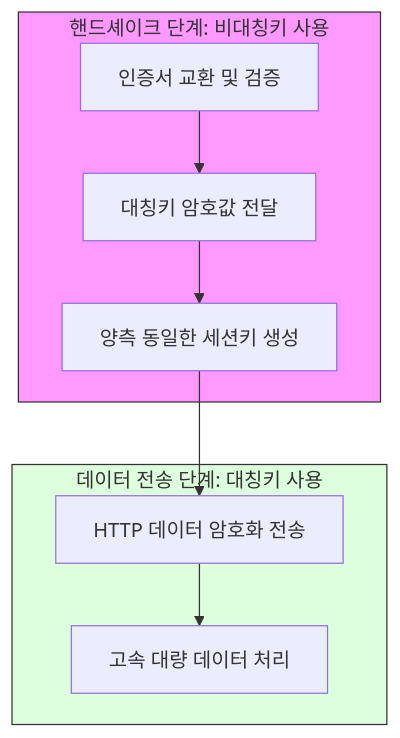
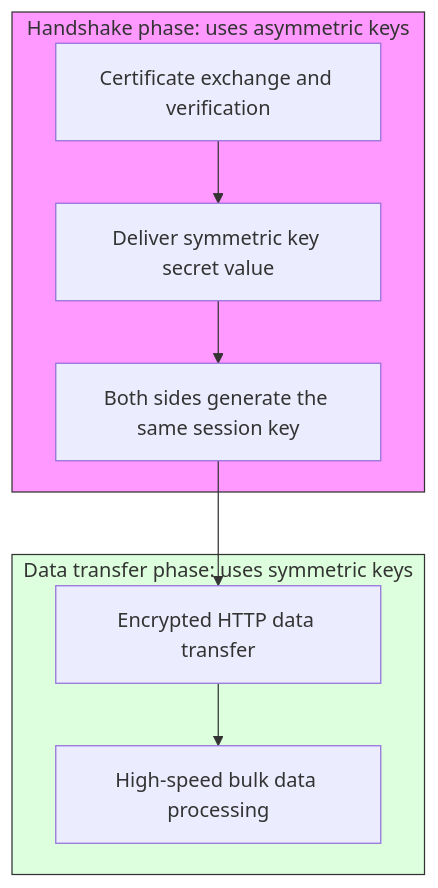
The first of 3 diagrams in content/security/01-foundation/17-ssl-handshake-process.md (jeonck/k8s-adv), drawn with Mermaid before and after one commit. The commit also changed other lines of this file and 223 other files, not shown here.

````diff
--- a/content/security/01-foundation/17-ssl-handshake-process.md
+++ b/content/security/01-foundation/17-ssl-handshake-process.md
@@ -30,15 +30,15 @@
 ```mermaid
 graph TD
-    subgraph Handshake_Phase[핸드셰이크 단계: 비대칭키 사용]
-    A[인증서 교환 및 검증] --> B[대칭키 암호값 전달]
-    B --> C[양측 동일한 세션키 생성]
+    subgraph Handshake_Phase["Handshake phase: uses asymmetric keys"]
+    A[Certificate exchange and verification] --> B[Deliver symmetric key secret value]
+    B --> C[Both sides generate the same session key]
     end
     
-    subgraph Data_Phase[데이터 전송 단계: 대칭키 사용]
-    C --> D[HTTP 데이터 암호화 전송]
-    D --> E[고속 대량 데이터 처리]
+    subgraph Data_Phase["Data transfer phase: uses symmetric keys"]
+    C --> D[Encrypted HTTP data transfer]
+    D --> E[High-speed bulk data processing]
     end
     
     style Handshake_Phase fill:#f9f,stroke:#333
     style Data_Phase fill:#dfd,stroke:#333
 ```
````
